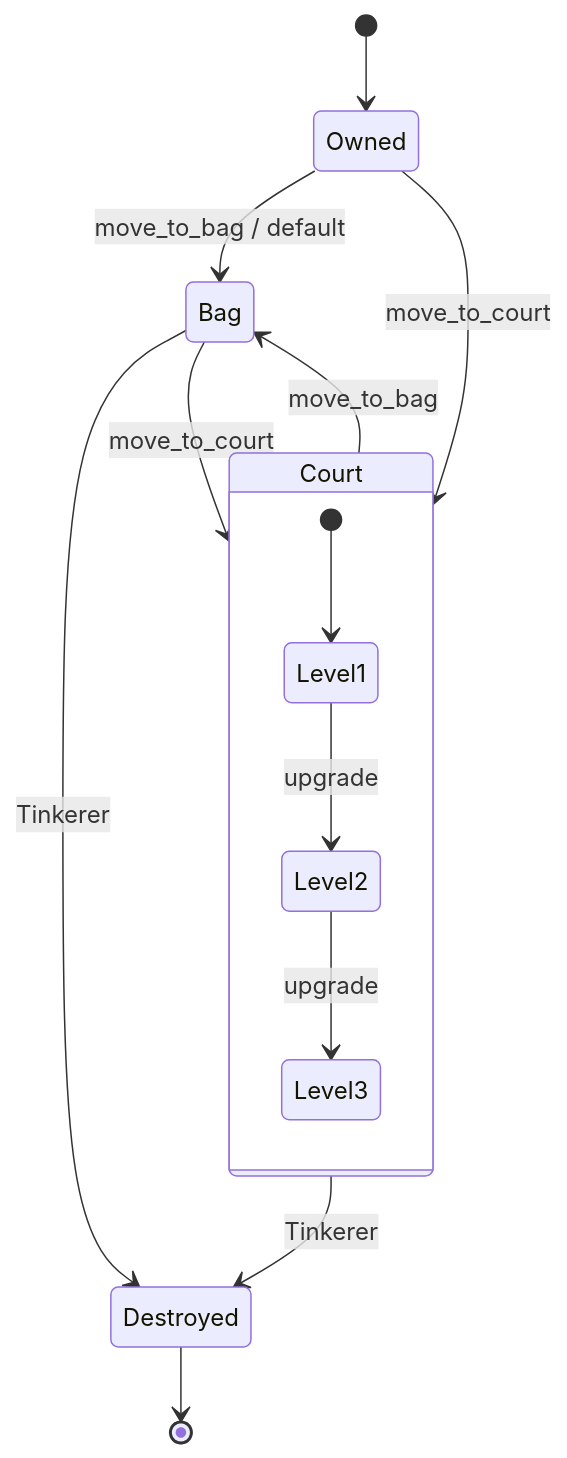
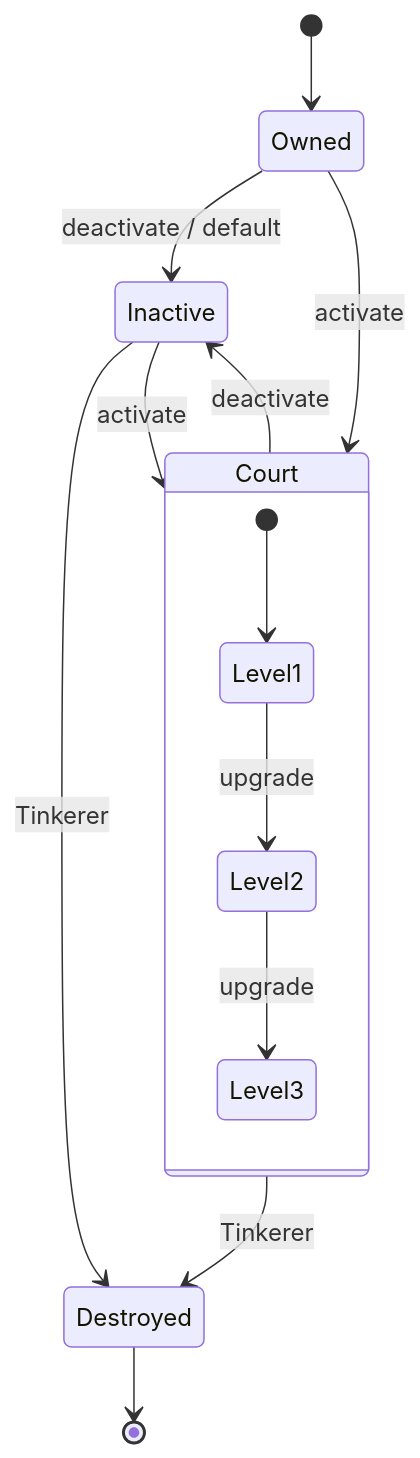
One commit to shuck-dev/volley changed the sixth of 10 diagrams in designs/01-prototype/07-effect-system.md. Above: the diagram before and after it, drawn with Mermaid. The commit also changed other lines of this file and 13 other files, not shown here.

````diff
--- a/designs/01-prototype/07-effect-system.md
+++ b/designs/01-prototype/07-effect-system.md
@@ -338,17 +338,17 @@
 ```mermaid
 stateDiagram-v2
     [*] --> Owned
-    Owned --> Court: move_to_court
-    Owned --> Bag: move_to_bag / default
-    Court --> Bag: move_to_bag
-    Bag --> Court: move_to_court
+    Owned --> Court: activate
+    Owned --> Inactive: deactivate / default
+    Court --> Inactive: deactivate
+    Inactive --> Court: activate
     Court --> Destroyed: Tinkerer
-    Bag --> Destroyed: Tinkerer
+    Inactive --> Destroyed: Tinkerer
     Destroyed --> [*]
 
     state Court {
         [*] --> Level1
         Level1 --> Level2: upgrade
         Level2 --> Level3: upgrade
     }
 ```
````
